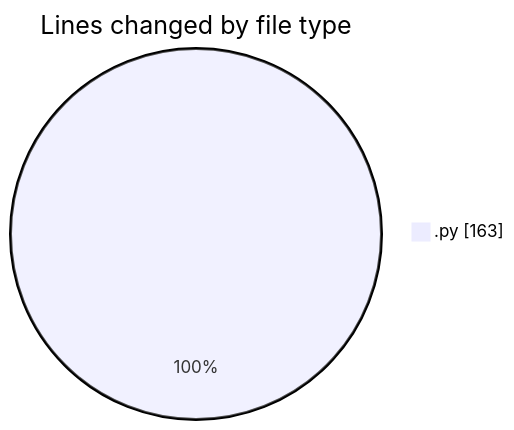
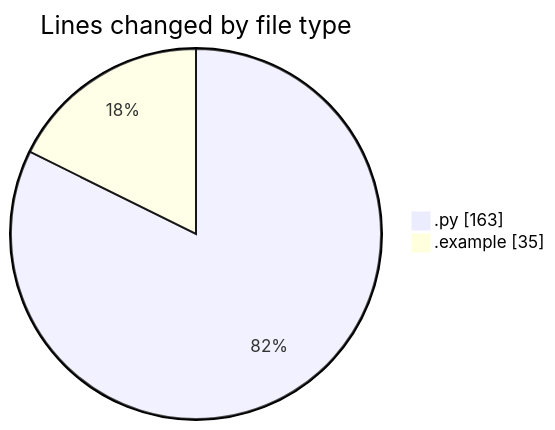
Before and after one commit to donsfak/code-tracking: the first of 2 diagrams in 2026-10-01/kouma_backend/README.md, drawn with Mermaid. The commit also changed other lines of this file and 1 other file, not shown here.

````diff
--- a/2026-10-01/kouma_backend/README.md
+++ b/2026-10-01/kouma_backend/README.md
@@ -20,5 +21,6 @@
 ```mermaid
 pie showData
 title Lines changed by file type
 ".py" : 163
+".example" : 35
 ```
````
